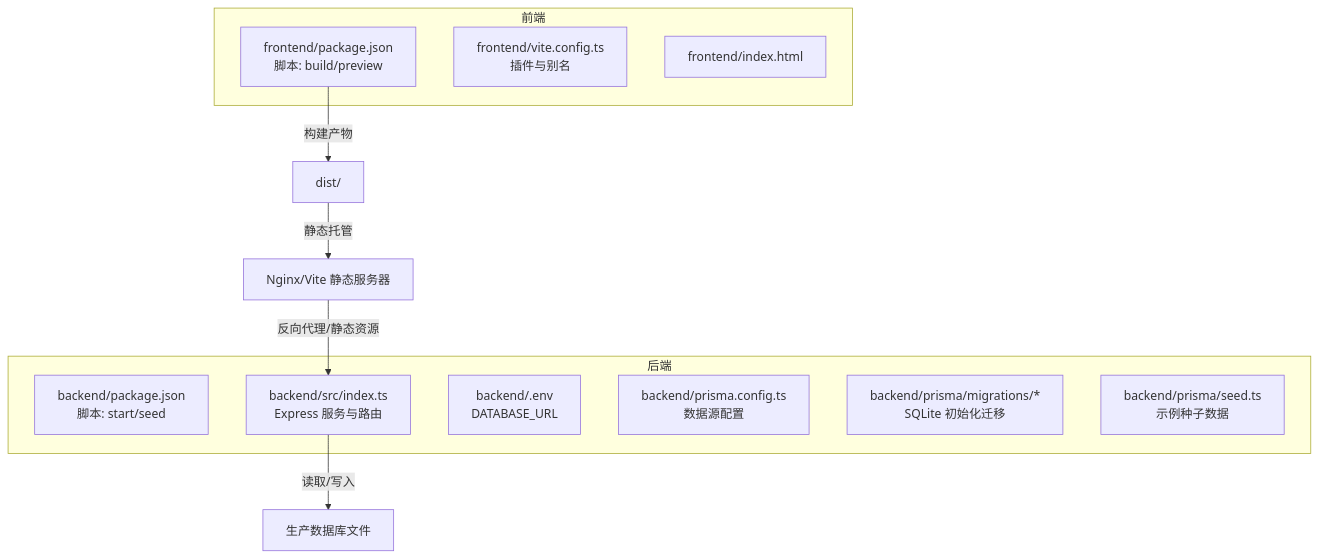
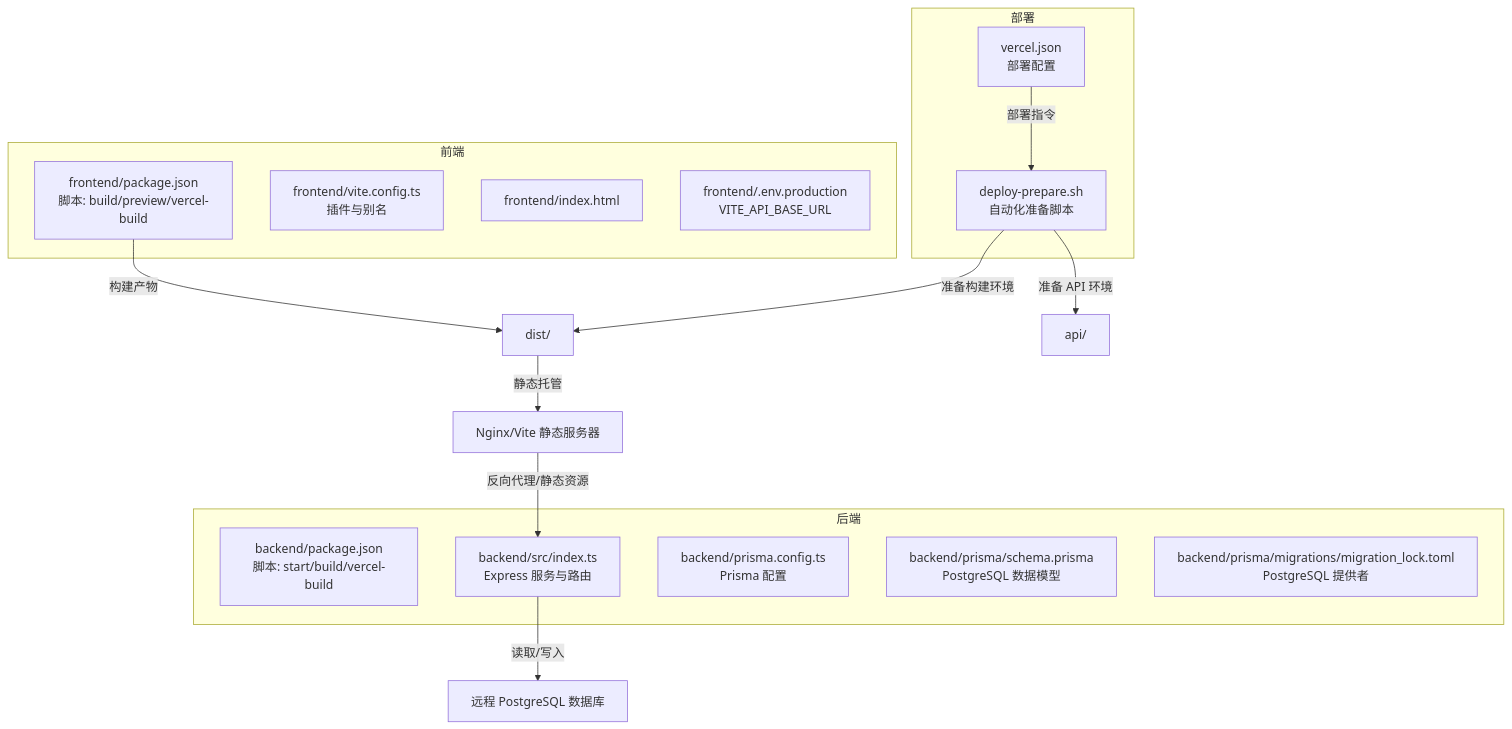
One commit to iazrael/feihua-ling changed the first of 5 diagrams in .qoder/repowiki/zh/content/环境配置与部署/部署指南/部署指南.md. Above: the diagram before and after it, drawn with Mermaid. The commit also changed other lines of this file and 12 other files, not shown here.

````diff
--- a/.qoder/repowiki/zh/content/环境配置与部署/部署指南/部署指南.md
+++ b/.qoder/repowiki/zh/content/环境配置与部署/部署指南/部署指南.md
@@ -37,20 +46,27 @@
 ```mermaid
 graph TB
 subgraph "前端"
-FE_PKG["frontend/package.json<br/>脚本: build/preview"]
+FE_PKG["frontend/package.json<br/>脚本: build/preview/vercel-build"]
 FE_VITE["frontend/vite.config.ts<br/>插件与别名"]
 FE_HTML["frontend/index.html"]
+FE_ENV["frontend/.env.production<br/>VITE_API_BASE_URL"]
 end
 subgraph "后端"
-BE_PKG["backend/package.json<br/>脚本: start/seed"]
+BE_PKG["backend/package.json<br/>脚本: start/build/vercel-build"]
 BE_INDEX["backend/src/index.ts<br/>Express 服务与路由"]
-BE_ENV["backend/.env<br/>DATABASE_URL"]
-BE_PRISMA["backend/prisma.config.ts<br/>数据源配置"]
-BE_MIG["backend/prisma/migrations/*<br/>SQLite 初始化迁移"]
-BE_SEED["backend/prisma/seed.ts<br/>示例种子数据"]
+BE_PRISMA_CFG["backend/prisma.config.ts<br/>Prisma 配置"]
+BE_SCHEMA["backend/prisma/schema.prisma<br/>PostgreSQL 数据模型"]
+BE_LOCK["backend/prisma/migrations/migration_lock.toml<br/>PostgreSQL 提供者"]
+end
+subgraph "部署"
+VERCEL["vercel.json<br/>部署配置"]
+SCRIPT["deploy-prepare.sh<br/>自动化准备脚本"]
 end
 FE_PKG --> |"构建产物"| FE_DIST["dist/"]
 FE_DIST --> |"静态托管"| NGINX["Nginx/Vite 静态服务器"]
 NGINX --> |"反向代理/静态资源"| BE_INDEX
-BE_INDEX --> |"读取/写入"| DB["生产数据库文件"]
+BE_INDEX --> |"读取/写入"| DB["远程 PostgreSQL 数据库"]
+VERCEL --> |"部署指令"| SCRIPT
+SCRIPT --> |"准备构建环境"| FE_DIST
+SCRIPT --> |"准备 API 环境"| API["api/"]
 ```
````
